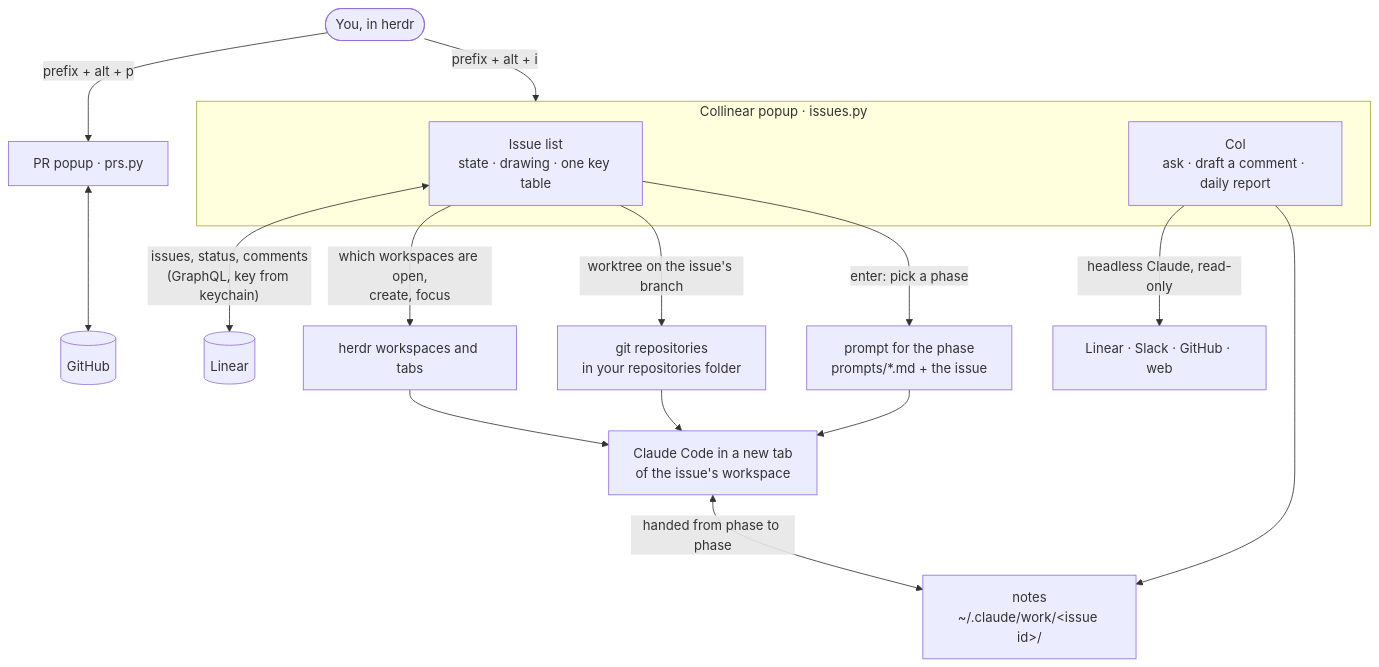
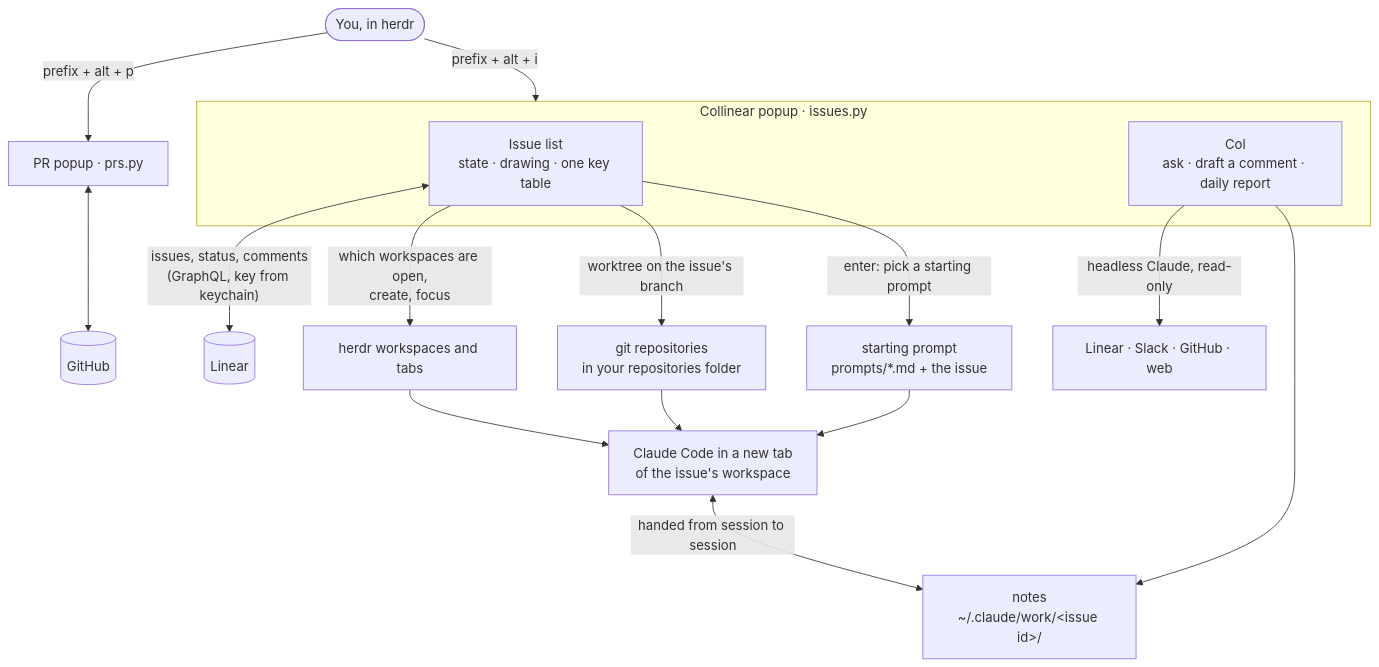
One commit to eriksalsborn/collinear changed the diagram in README.md. Above: the diagram before and after it, drawn with Mermaid. The commit also changed other lines of this file and 6 other files, not shown here.

First line of the commit message:
feat: one start dialog that says what starting sets up; every window names its mode; the main list's key hints are off until K

````diff
--- a/README.md
+++ b/README.md
@@ -53,25 +58,25 @@
 ```mermaid
 flowchart TD
     you([You, in herdr]) -- "prefix + alt + i" --> popup
 
     subgraph popup["Collinear popup · issues.py"]
         list["Issue list<br/>state · drawing · one key table"]
         col["Col<br/>ask · draft a comment · daily report"]
     end
 
     list <-- "issues, status, comments<br/>(GraphQL, key from keychain)" --> linear[(Linear)]
     list -- "which workspaces are open,<br/>create, focus" --> herdr["herdr workspaces and tabs"]
     list -- "worktree on the issue's branch" --> git["git repositories<br/>in your repositories folder"]
-    list -- "enter: pick a phase" --> prompt["prompt for the phase<br/>prompts/*.md + the issue"]
+    list -- "enter: pick a starting prompt" --> prompt["starting prompt<br/>prompts/*.md + the issue"]
 
     prompt --> session["Claude Code in a new tab<br/>of the issue's workspace"]
     herdr --> session
     git --> session
-    session <-- "handed from phase to phase" --> notes["notes<br/>~/.claude/work/&lt;issue id&gt;/"]
+    session <-- "handed from session to session" --> notes["notes<br/>~/.claude/work/&lt;issue id&gt;/"]
 
     col -- "headless Claude, read-only" --> sources["Linear · Slack · GitHub · web"]
     col --> notes
 
     you -- "prefix + alt + p" --> prs["PR popup · prs.py"]
     prs <--> github[(GitHub)]
 ```
````
